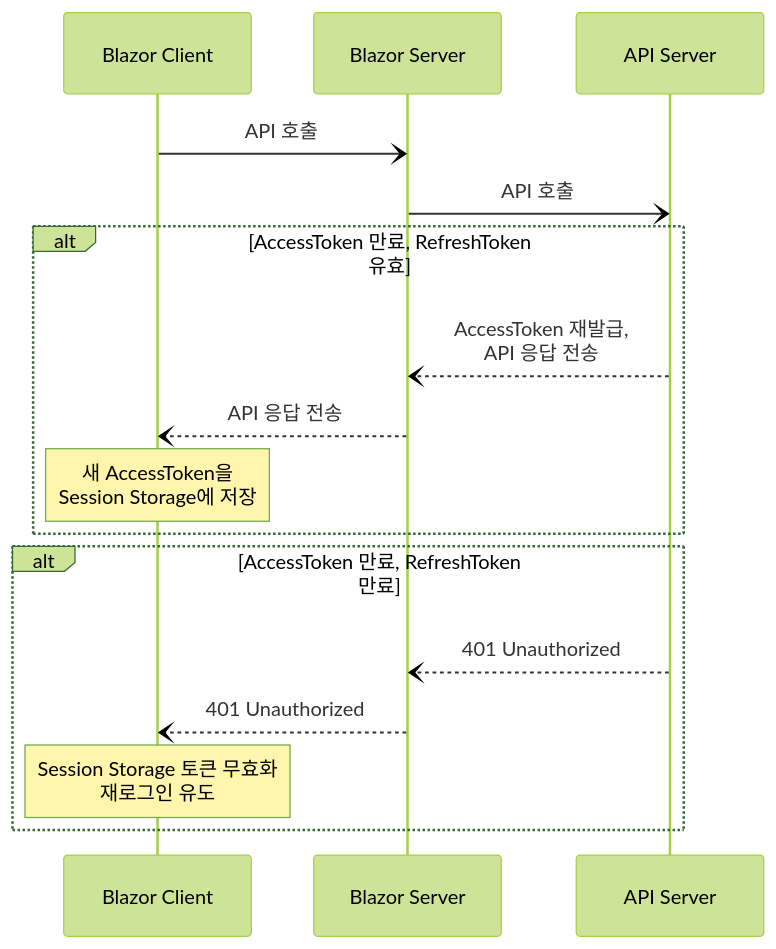
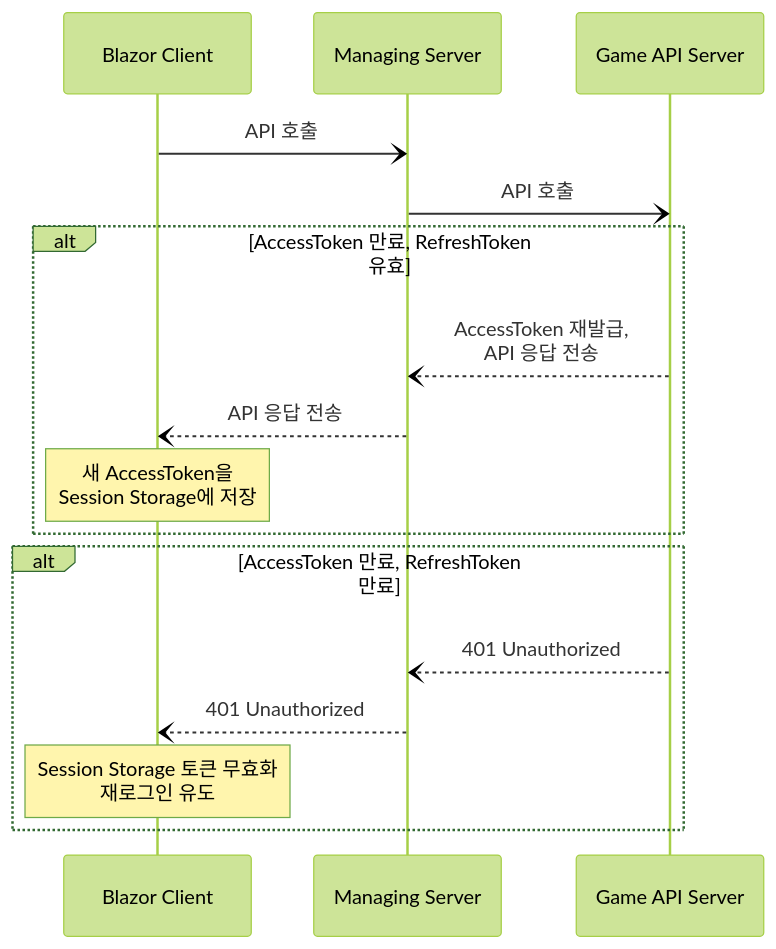
Before and after one commit to Dosoon/Blazor_Auth: the second of 2 diagrams in Blazor_Auth.md, drawn with Mermaid (forest theme). The commit also changed other lines of this file and 13 other files, not shown here.

````diff
--- a/Blazor_Auth.md
+++ b/Blazor_Auth.md
@@ -197,15 +202,15 @@
 ```mermaid
 sequenceDiagram
-Blazor Client-)Blazor Server: API 호출
-Blazor Server-)API Server: API 호출
+Blazor Client-)Managing Server: API 호출
+Managing Server-)Game API Server: API 호출
 alt AccessToken 만료, RefreshToken 유효
-API Server--)Blazor Server: AccessToken 재발급,<br>API 응답 전송
-Blazor Server--)Blazor Client: API 응답 전송
+Game API Server--)Managing Server: AccessToken 재발급,<br>API 응답 전송
+Managing Server--)Blazor Client: API 응답 전송
 Note over Blazor Client : 새 AccessToken을<br>Session Storage에 저장
 end
 alt AccessToken 만료, RefreshToken 만료
-API Server--)Blazor Server: 401 Unauthorized
-Blazor Server--)Blazor Client: 401 Unauthorized
+Game API Server--)Managing Server: 401 Unauthorized
+Managing Server--)Blazor Client: 401 Unauthorized
 Note over Blazor Client : Session Storage 토큰 무효화<br>재로그인 유도
 end
 ```
````
